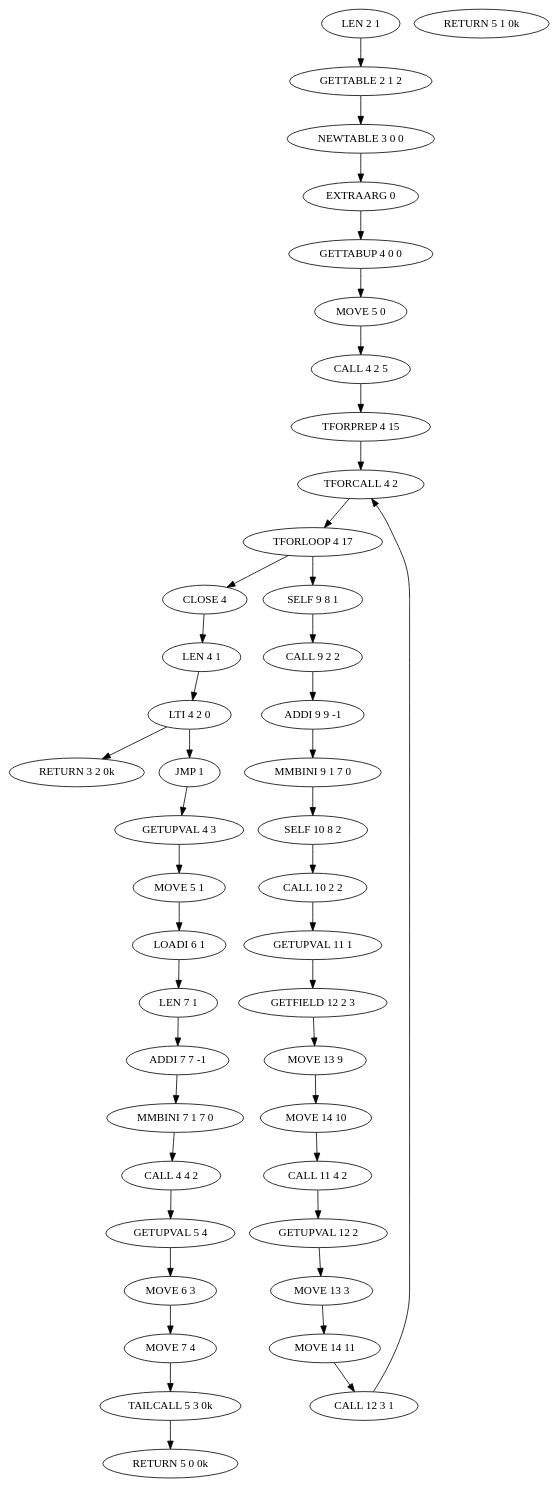
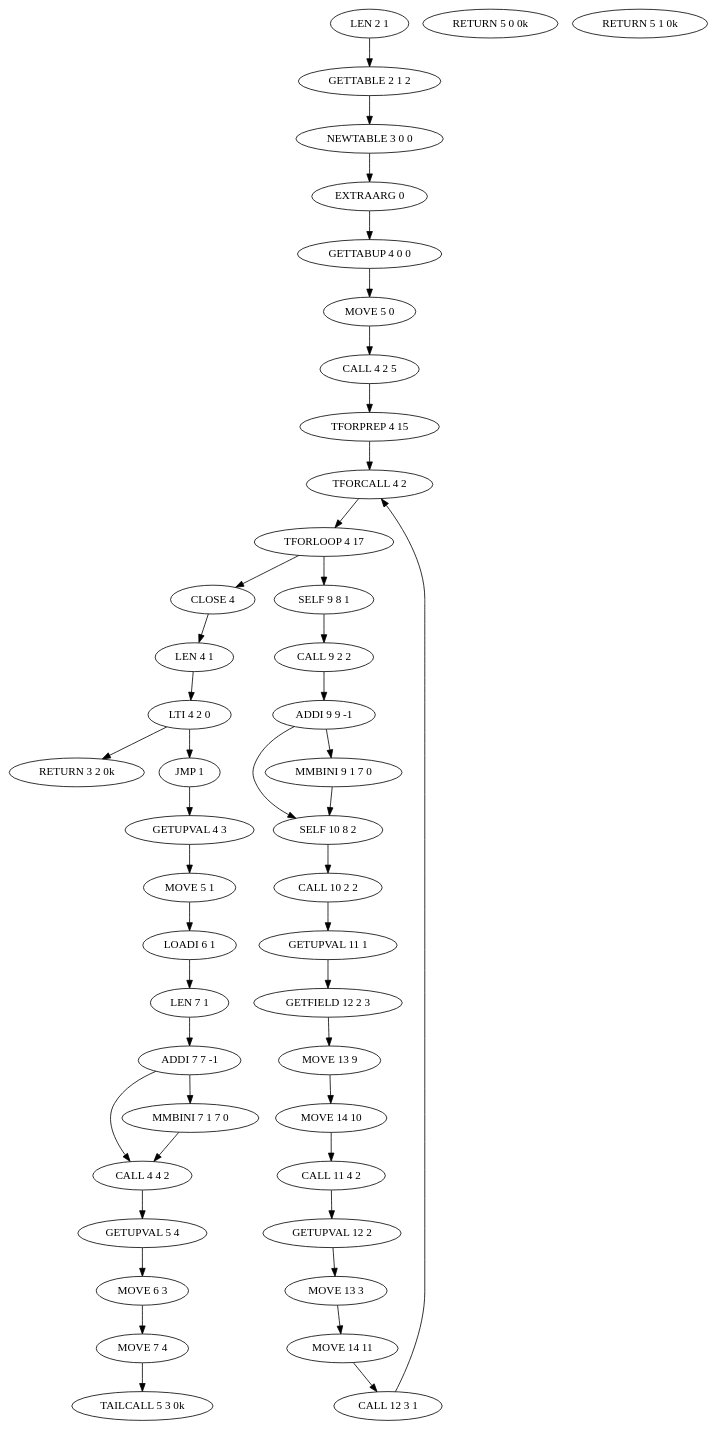
The diagram in output/dot/test.lua.3.dot (martin-eden/Lua-Callgraph), drawn with Graphviz before and after one commit. The commit also changed 8 other files, not shown here.

```diff
--- a/output/dot/test.lua.3.dot
+++ b/output/dot/test.lua.3.dot
@@ -1,57 +1,59 @@
 strict digraph "test.lua.3"
 {
    "01" -> "02" -> "03" -> "04" -> "05" -> "06" ->
       "07" -> "08" -> "24";
-   "09" -> "10" -> "11" -> "12" -> "13" -> "14" ->
-      "15" -> "16" -> "17" -> "18" -> "19" -> "20" ->
-      "21" -> "22" -> "23" -> "24";
+   "09" -> "10" -> "11" -> { "12" "13" };
+   "12" -> "13";
+   "13" -> "14" -> "15" -> "16" -> "17" -> "18" ->
+      "19" -> "20" -> "21" -> "22" -> "23" -> "24";
    "24" -> "25" -> { "09" "26" };
    "26" -> "27" -> "28" -> { "29" "30" };
    "29" -> "31";
-   "31" -> "32" -> "33" -> "34" -> "35" -> "36" ->
-      "37" -> "38" -> "39" -> "40" -> "41" -> "42";
+   "31" -> "32" -> "33" -> "34" -> "35" -> { "36" "37" };
+   "36" -> "37";
+   "37" -> "38" -> "39" -> "40" -> "41";
 
    "01" [ label = "LEN 2 1" ];
    "02" [ label = "GETTABLE 2 1 2" ];
    "03" [ label = "NEWTABLE 3 0 0" ];
    "04" [ label = "EXTRAARG 0" ];
    "05" [ label = "GETTABUP 4 0 0" ];
    "06" [ label = "MOVE 5 0" ];
    "07" [ label = "CALL 4 2 5" ];
    "08" [ label = "TFORPREP 4 15" ];
    "09" [ label = "SELF 9 8 1" ];
    "10" [ label = "CALL 9 2 2" ];
    "11" [ label = "ADDI 9 9 -1" ];
    "12" [ label = "MMBINI 9 1 7 0" ];
    "13" [ label = "SELF 10 8 2" ];
    "14" [ label = "CALL 10 2 2" ];
    "15" [ label = "GETUPVAL 11 1" ];
    "16" [ label = "GETFIELD 12 2 3" ];
    "17" [ label = "MOVE 13 9" ];
    "18" [ label = "MOVE 14 10" ];
    "19" [ label = "CALL 11 4 2" ];
    "20" [ label = "GETUPVAL 12 2" ];
    "21" [ label = "MOVE 13 3" ];
    "22" [ label = "MOVE 14 11" ];
    "23" [ label = "CALL 12 3 1" ];
    "24" [ label = "TFORCALL 4 2" ];
    "25" [ label = "TFORLOOP 4 17" ];
    "26" [ label = "CLOSE 4" ];
    "27" [ label = "LEN 4 1" ];
    "28" [ label = "LTI 4 2 0" ];
    "29" [ label = "JMP 1" ];
    "30" [ label = "RETURN 3 2 0k" ];
    "31" [ label = "GETUPVAL 4 3" ];
    "32" [ label = "MOVE 5 1" ];
    "33" [ label = "LOADI 6 1" ];
    "34" [ label = "LEN 7 1" ];
    "35" [ label = "ADDI 7 7 -1" ];
    "36" [ label = "MMBINI 7 1 7 0" ];
    "37" [ label = "CALL 4 4 2" ];
    "38" [ label = "GETUPVAL 5 4" ];
    "39" [ label = "MOVE 6 3" ];
    "40" [ label = "MOVE 7 4" ];
    "41" [ label = "TAILCALL 5 3 0k" ];
    "42" [ label = "RETURN 5 0 0k" ];
    "43" [ label = "RETURN 5 1 0k" ];
 }
```
